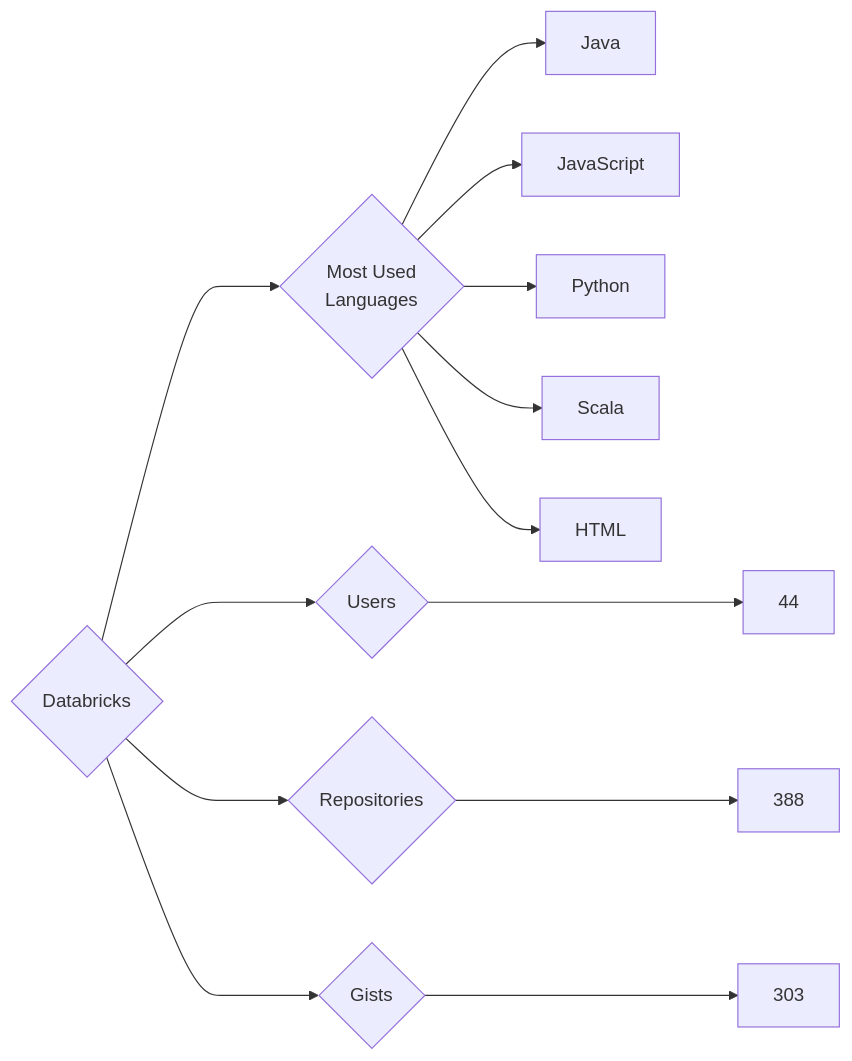
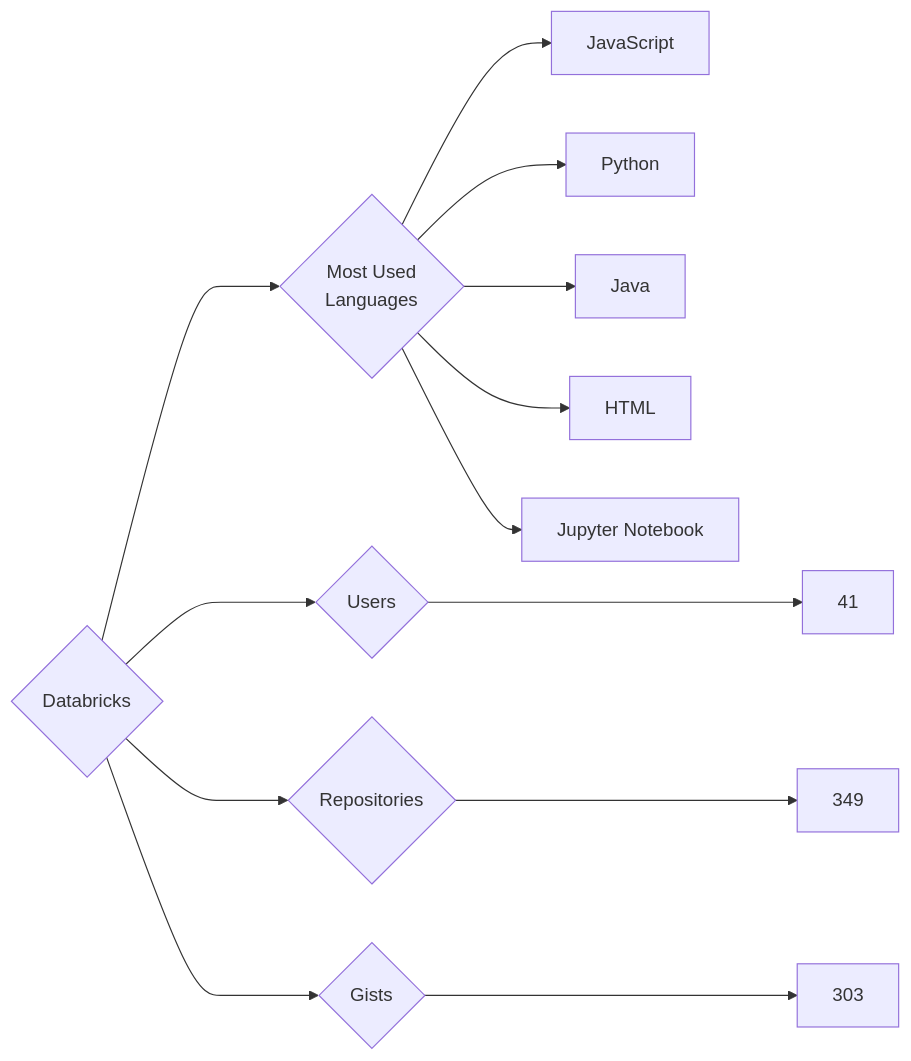
Before and after one commit to trickest/insiders: the diagram in targets/Databricks/README.md, drawn with Mermaid. The commit also changed 823 other files, not shown here.

````diff
--- a/targets/Databricks/README.md
+++ b/targets/Databricks/README.md
@@ -3,13 +3,13 @@
 ```mermaid
 graph LR
 COMPANY_NAME{Databricks}
-COMPANY_NAME ---> U{Users} ---> UN[44]
-COMPANY_NAME ---> R{Repositories} ---> RN[388]
+COMPANY_NAME ---> U{Users} ---> UN[41]
+COMPANY_NAME ---> R{Repositories} ---> RN[349]
 COMPANY_NAME ---> G{Gists} ---> GN[303]
 COMPANY_NAME ---> ML{Most Used<br>Languages}
-ML --> Java[Java]
 ML --> JavaScript[JavaScript]
 ML --> Python[Python]
-ML --> Scala[Scala]
+ML --> Java[Java]
 ML --> HTML[HTML]
+ML --> Jupyter_Notebook[Jupyter Notebook]
 ```
````
